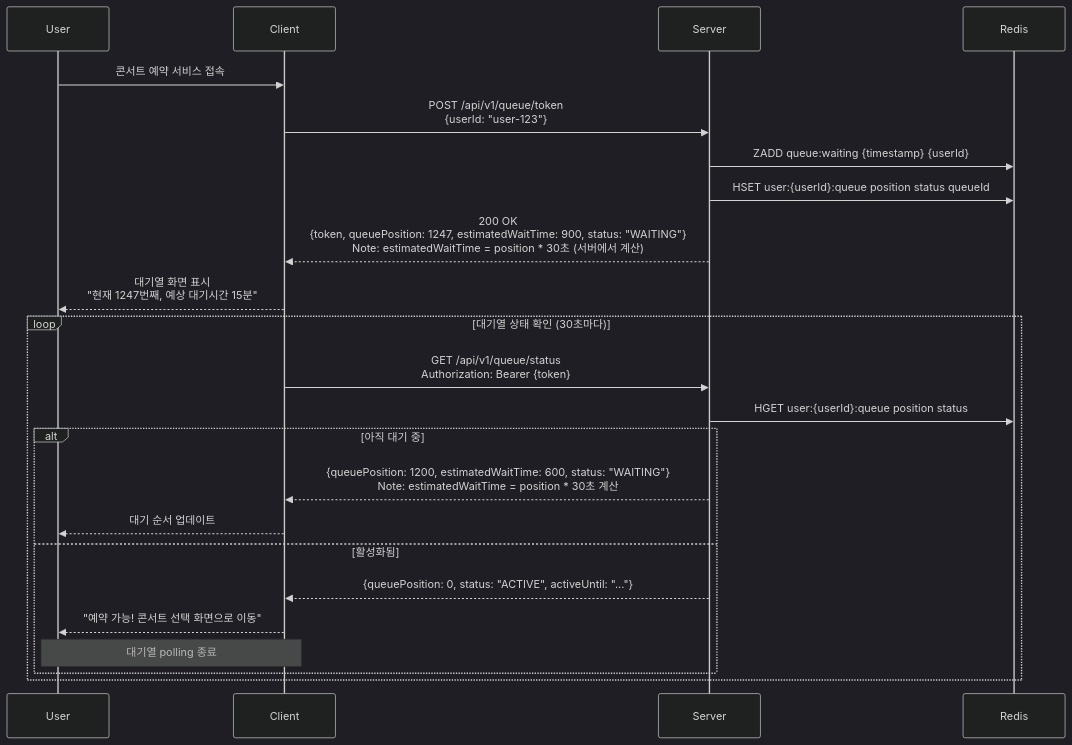
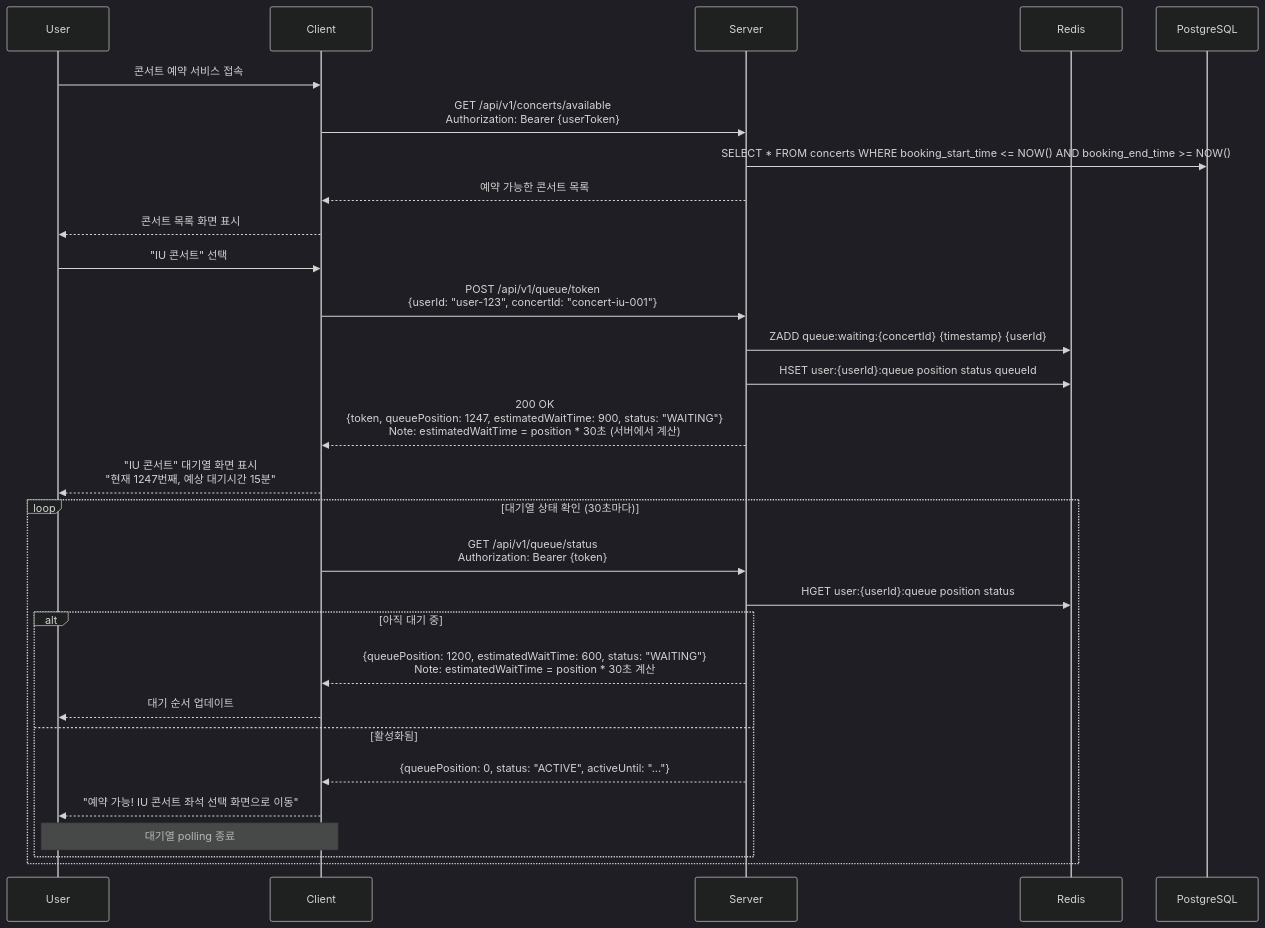
The first of 7 diagrams in docs/flow.md (EeeasyCode/hhplus-project), drawn with Mermaid (dark theme) before and after one commit. The commit also changed other lines of this file and 2 other files, not shown here.

````diff
--- a/docs/flow.md
+++ b/docs/flow.md
@@ -23,30 +23,37 @@
 ```mermaid
 sequenceDiagram
     participant User as User
     participant Client as Client
     participant Server as Server
     participant Redis as Redis
+    participant DB as PostgreSQL
 
     User->>Client: 콘서트 예약 서비스 접속
-    Client->>Server: POST /api/v1/queue/token<br/>{userId: "user-123"}
+    Client->>Server: GET /api/v1/concerts/available<br/>Authorization: Bearer {userToken}
+    Server->>DB: SELECT * FROM concerts WHERE booking_start_time <= NOW() AND booking_end_time >= NOW()
+    Server-->>Client: 예약 가능한 콘서트 목록
+    Client-->>User: 콘서트 목록 화면 표시
 
-    Server->>Redis: ZADD queue:waiting {timestamp} {userId}
+    User->>Client: "IU 콘서트" 선택
+    Client->>Server: POST /api/v1/queue/token<br/>{userId: "user-123", concertId: "concert-iu-001"}
+
+    Server->>Redis: ZADD queue:waiting:{concertId} {timestamp} {userId}
     Server->>Redis: HSET user:{userId}:queue position status queueId
     Server-->>Client: 200 OK<br/>{token, queuePosition: 1247, estimatedWaitTime: 900, status: "WAITING"}<br/>Note: estimatedWaitTime = position * 30초 (서버에서 계산)
 
-    Client-->>User: 대기열 화면 표시<br/>"현재 1247번째, 예상 대기시간 15분"
+    Client-->>User: "IU 콘서트" 대기열 화면 표시<br/>"현재 1247번째, 예상 대기시간 15분"
 
     loop 대기열 상태 확인 (30초마다)
         Client->>Server: GET /api/v1/queue/status<br/>Authorization: Bearer {token}
         Server->>Redis: HGET user:{userId}:queue position status
 
         alt 아직 대기 중
             Server-->>Client: {queuePosition: 1200, estimatedWaitTime: 600, status: "WAITING"}<br/>Note: estimatedWaitTime = position * 30초 계산
             Client-->>User: 대기 순서 업데이트
         else 활성화됨
             Server-->>Client: {queuePosition: 0, status: "ACTIVE", activeUntil: "..."}
-            Client-->>User: "예약 가능! 콘서트 선택 화면으로 이동"
+            Client-->>User: "예약 가능! IU 콘서트 좌석 선택 화면으로 이동"
             Note over Client,User: 대기열 polling 종료
         end
     end
 ```
````
